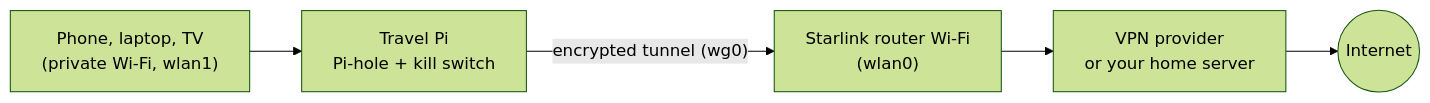
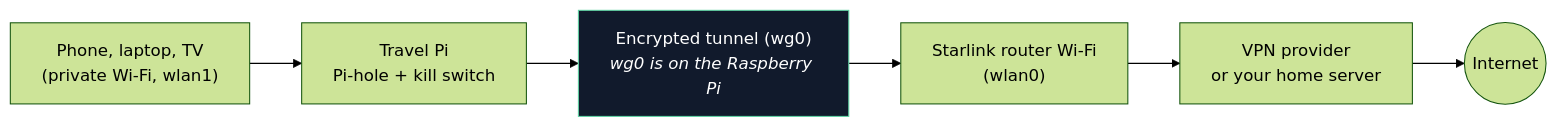
Before and after one commit to Tim-Conroy/RPi-Private-Router: the diagram in travel-vpn/README.md, drawn with Mermaid (forest theme).

Commit message:
Show the wg0 tunnel as its own box in the travel-vpn diagram
Claude-Session: https://claude.ai/code/session_013daKFzbU3RtHrbJ1UgRqF6

````diff
--- a/travel-vpn/README.md
+++ b/travel-vpn/README.md
@@ -5,7 +5,9 @@
 ```mermaid
 flowchart LR
     A["Phone, laptop, TV<br/>(private Wi-Fi, wlan1)"] --> B["Travel Pi<br/>Pi-hole + kill switch"]
-    B -->|"encrypted tunnel (wg0)"| C["Starlink router Wi-Fi<br/>(wlan0)"]
+    B --> T["Encrypted tunnel (wg0)<br/><i>wg0 is on the Raspberry Pi</i>"]
+    T --> C["Starlink router Wi-Fi<br/>(wlan0)"]
     C --> D["VPN provider<br/>or your home server"]
     D --> E((Internet))
+    style T fill:#111a2c,stroke:#5fd3a4,color:#ffffff
 ```
````
